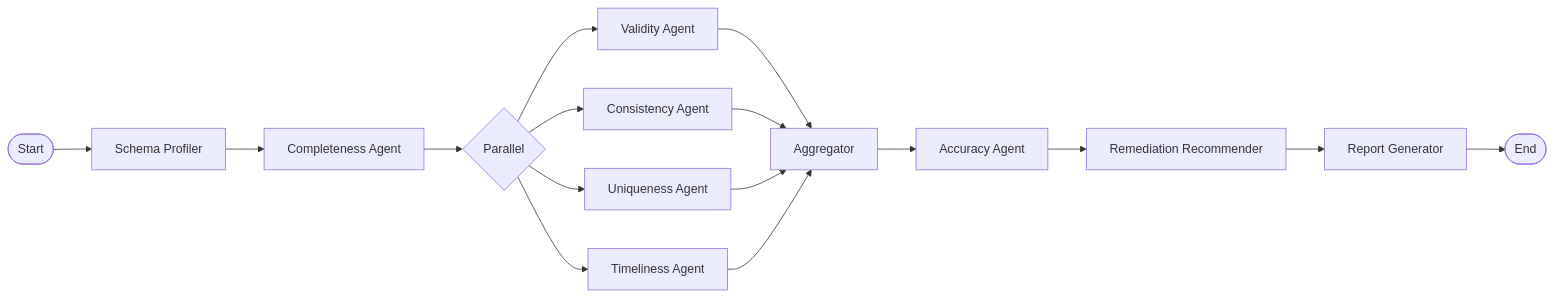
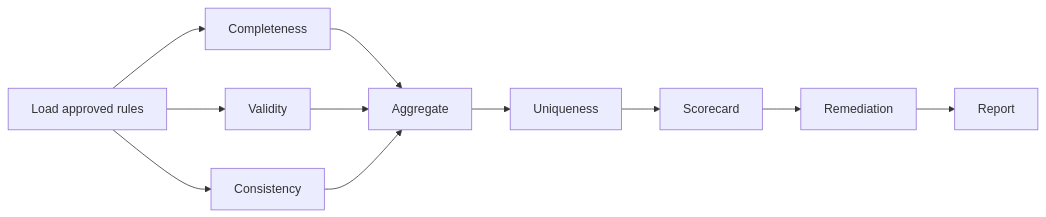
Before and after one commit to Lookieman/agentdq: the second of 2 diagrams in README.md, drawn with Mermaid. The commit also changed other lines of this file and 1 other file, not shown here.

````diff
--- a/README.md
+++ b/README.md
@@ -9,18 +53,13 @@
 ```mermaid
 graph LR
-    START([Start]) --> SP[Schema Profiler]
-    SP --> COMP[Completeness Agent]
-    COMP --> PARALLEL_START{Parallel}
-    PARALLEL_START --> VAL[Validity Agent]
-    PARALLEL_START --> CON[Consistency Agent]
-    PARALLEL_START --> UNQ[Uniqueness Agent]
-    PARALLEL_START --> TIM[Timeliness Agent]
-    VAL --> AGG[Aggregator]
-    CON --> AGG
-    UNQ --> AGG
-    TIM --> AGG
-    AGG --> ACC[Accuracy Agent]
-    ACC --> REM[Remediation Recommender]
-    REM --> RPT[Report Generator]
-    RPT --> END([End])
+    L[Load approved rules] --> C[Completeness]
+    L --> V[Validity]
+    L --> K[Consistency]
+    C --> A[Aggregate]
+    V --> A
+    K --> A
+    A --> U[Uniqueness]
+    U --> SC[Scorecard]
+    SC --> RM[Remediation]
+    RM --> RP[Report]
 ```
````
